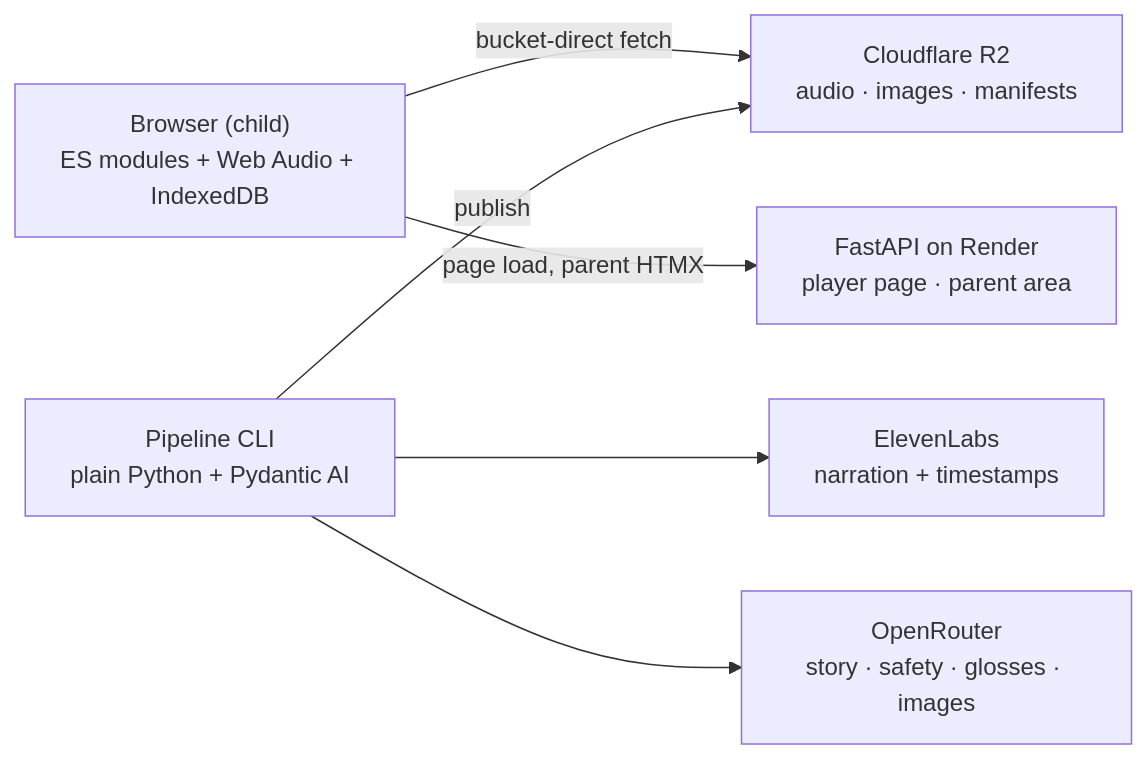
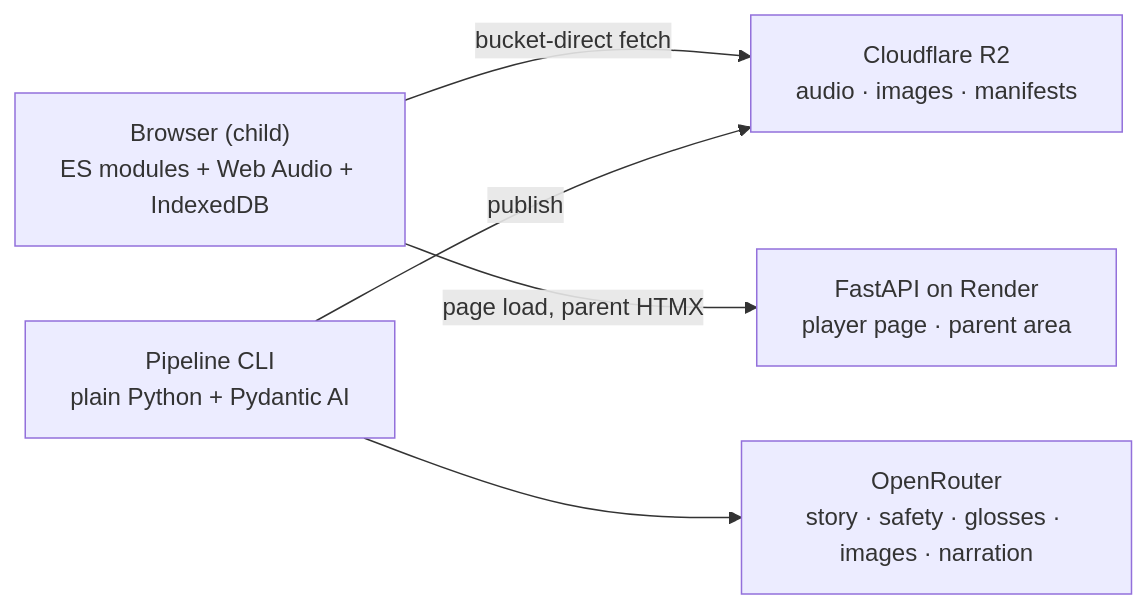
The first of 2 diagrams in docs/architecture.md (darth-dodo/cantastorie), drawn with Mermaid before and after one commit. The commit also changed other lines of this file, not shown here.

First line of the commit message:
docs: restructure architecture.md to hermano conventions + narration decision

````diff
--- a/docs/architecture.md
+++ b/docs/architecture.md
@@ -32,15 +33,13 @@
 ```mermaid
 graph LR
     B["Browser (child)<br/>ES modules + Web Audio + IndexedDB"]
     R2["Cloudflare R2<br/>audio · images · manifests"]
     F["FastAPI on Render<br/>player page · parent area"]
     P["Pipeline CLI<br/>plain Python + Pydantic AI"]
-    EL["ElevenLabs<br/>narration + timestamps"]
-    OR["OpenRouter<br/>story · safety · glosses · images"]
+    OR["OpenRouter<br/>story · safety · glosses · images · narration"]
 
     B -- "bucket-direct fetch" --> R2
     B -- "page load, parent HTMX" --> F
     P -- "publish" --> R2
-    P --> EL
     P --> OR
 ```
````
